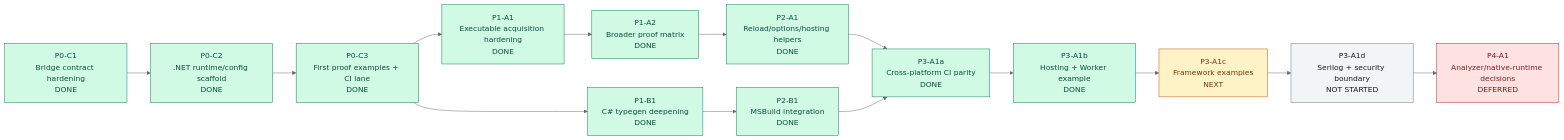
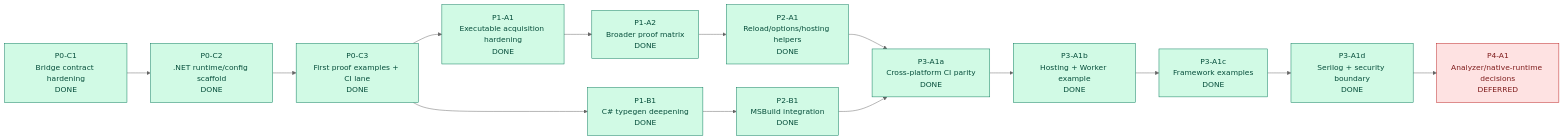
The diagram in .squad/progression.md (matthewcorven/varlock), drawn with Mermaid (neutral theme) before and after one commit. The commit also changed 52 other files, not shown here.

First line of the commit message:
feat(dotnet): complete Phase 3 — security boundary, Serilog, framework examples, CI parity

````diff
--- a/.squad/progression.md
+++ b/.squad/progression.md
@@ -16,27 +16,25 @@
 ```mermaid
 flowchart LR
   P0C1["P0-C1\nBridge contract hardening\nDONE"] --> P0C2["P0-C2\n.NET runtime/config scaffold\nDONE"]
   P0C2 --> P0C3["P0-C3\nFirst proof examples + CI lane\nDONE"]
   P0C3 --> P1A1["P1-A1\nExecutable acquisition hardening\nDONE"]
   P0C3 --> P1B1["P1-B1\nC# typegen deepening\nDONE"]
   P1A1 --> P1A2["P1-A2\nBroader proof matrix\nDONE"]
   P1B1 --> P2B1["P2-B1\nMSBuild integration\nDONE"]
   P1A2 --> P2A1["P2-A1\nReload/options/hosting helpers\nDONE"]
   P2A1 --> P3A1a["P3-A1a\nCross-platform CI parity\nDONE"]
   P2B1 --> P3A1a
   P3A1a --> P3A1b["P3-A1b\nHosting + Worker example\nDONE"]
-  P3A1b --> P3A1c["P3-A1c\nFramework examples\nNEXT"]
-  P3A1c --> P3A1d["P3-A1d\nSerilog + security boundary\nNOT STARTED"]
+  P3A1b --> P3A1c["P3-A1c\nFramework examples\nDONE"]
+  P3A1c --> P3A1d["P3-A1d\nSerilog + security boundary\nDONE"]
   P3A1d --> P4A1["P4-A1\nAnalyzer/native-runtime decisions\nDEFERRED"]
 
   classDef done fill:#d1fae5,stroke:#047857,color:#064e3b;
   classDef next fill:#fef3c7,stroke:#b45309,color:#78350f;
   classDef progress fill:#dbeafe,stroke:#1d4ed8,color:#1e3a8a;
   classDef idle fill:#f3f4f6,stroke:#6b7280,color:#111827;
   classDef deferred fill:#fee2e2,stroke:#b91c1c,color:#7f1d1d;
 
-  class P0C1,P0C2,P0C3,P1A1,P1B1,P1A2,P2A1,P2B1,P3A1a,P3A1b done;
-  class P3A1c next;
-  class P3A1d idle;
+  class P0C1,P0C2,P0C3,P1A1,P1B1,P1A2,P2A1,P2B1,P3A1a,P3A1b,P3A1c,P3A1d done;
   class P4A1 deferred;
 ```
````
